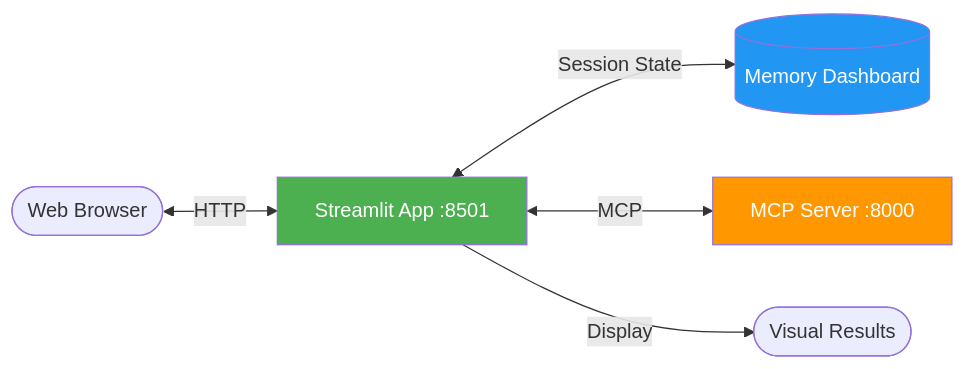
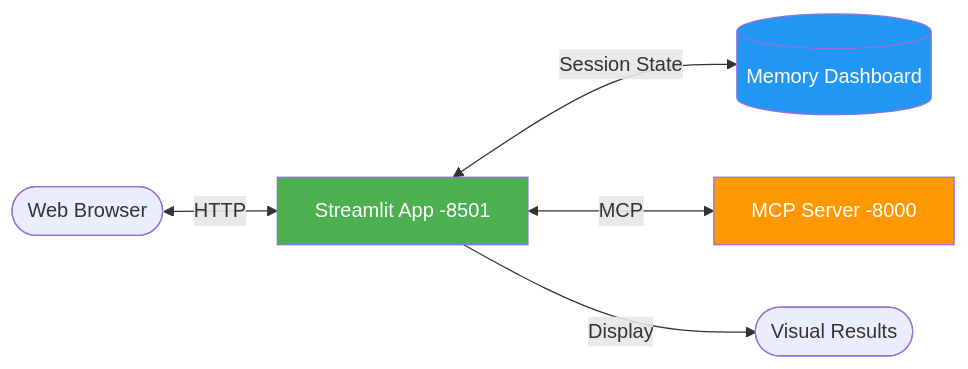
One commit to skillrepos/ai-3in1 changed the second of 7 diagrams in docs/architecture-lab8.md. Above: the diagram before and after it, drawn with Mermaid. The commit also changed other lines of this file, not shown here.

First line of the commit message:
Refine text formatting in architecture-lab8.md

````diff
--- a/docs/architecture-lab8.md
+++ b/docs/architecture-lab8.md
@@ -61,11 +61,11 @@
 ```mermaid
 flowchart LR
-    Browser([Web Browser]) <-->|HTTP| Streamlit[Streamlit App :8501]
+    Browser([Web Browser]) <-->|HTTP| Streamlit["Streamlit App  -8501"]
     Streamlit <-->|Session State| Memory[(Memory Dashboard)]
-    Streamlit <-->|MCP| Server[MCP Server :8000]
+    Streamlit <-->|MCP| Server["MCP Server  -8000"]
     Streamlit -->|Display| Results([Visual Results])
 
     style Streamlit fill:#4CAF50,color:#fff
     style Memory fill:#2196F3,color:#fff
     style Server fill:#FF9800,color:#fff
 ```
````
